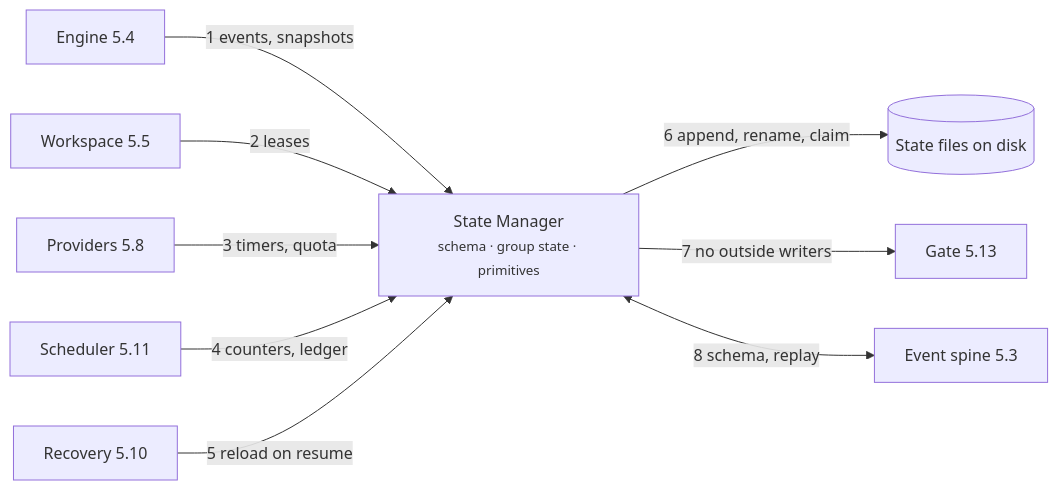
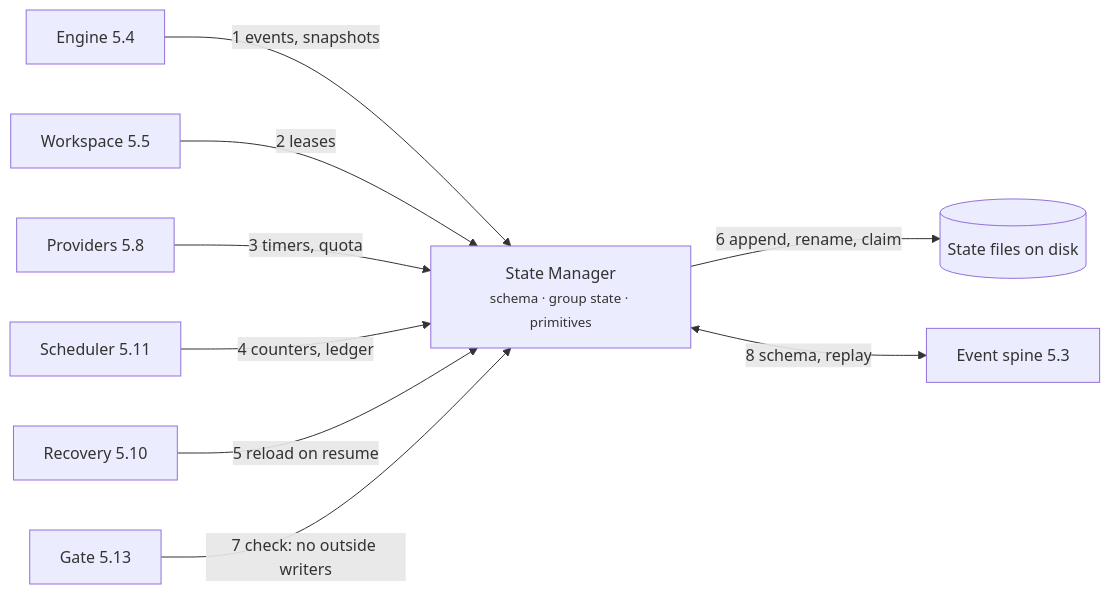
Before and after one commit to rdevitto86/komodo-agentic-harness-coding: diagram 31 of 45 in docs/hld.md, drawn with Mermaid. The commit also changed other lines of this file, not shown here.

````diff
--- a/docs/hld.md
+++ b/docs/hld.md
@@ -1464,20 +1463,20 @@
 ```mermaid
 flowchart LR
   EN["Engine 5.4"]
   WS["Workspace 5.5"]
   PR["Providers 5.8"]
   SC["Scheduler 5.11"]
   RC["Recovery 5.10"]
   SM["State Manager<br><small>schema · group state · primitives</small>"]:::core
   DK[("State files on disk")]:::store
   GT["Gate 5.13"]
   SP["Event spine 5.3"]
   EN -->|"1 events, snapshots"| SM
   WS -->|"2 leases"| SM
   PR -->|"3 timers, quota"| SM
   SC -->|"4 counters, ledger"| SM
   RC -->|"5 reload on resume"| SM
   SM -->|"6 append, rename, claim"| DK
-  SM -->|"7 no outside writers"| GT
+  GT -->|"7 check: no outside writers"| SM
   SM <-->|"8 schema, replay"| SP
 ```
````
